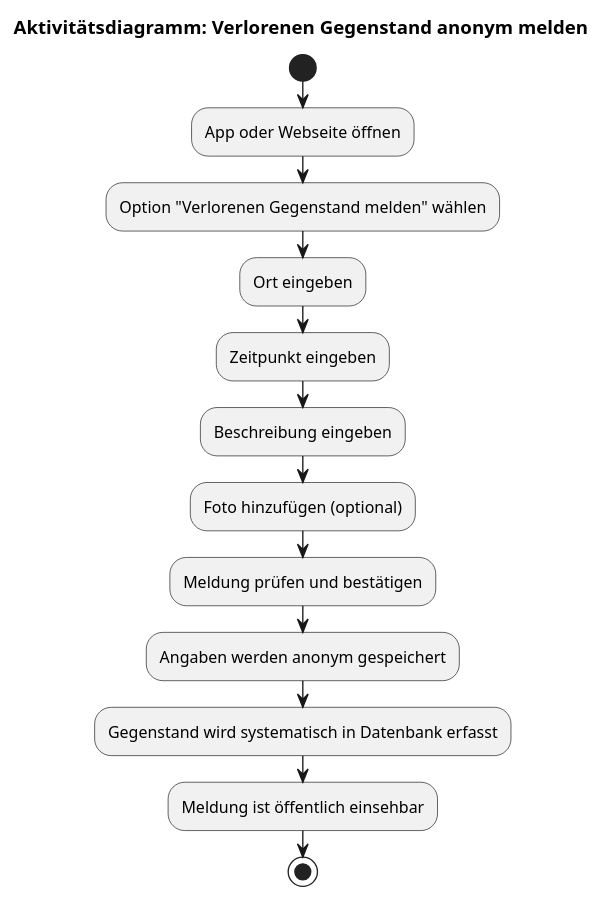
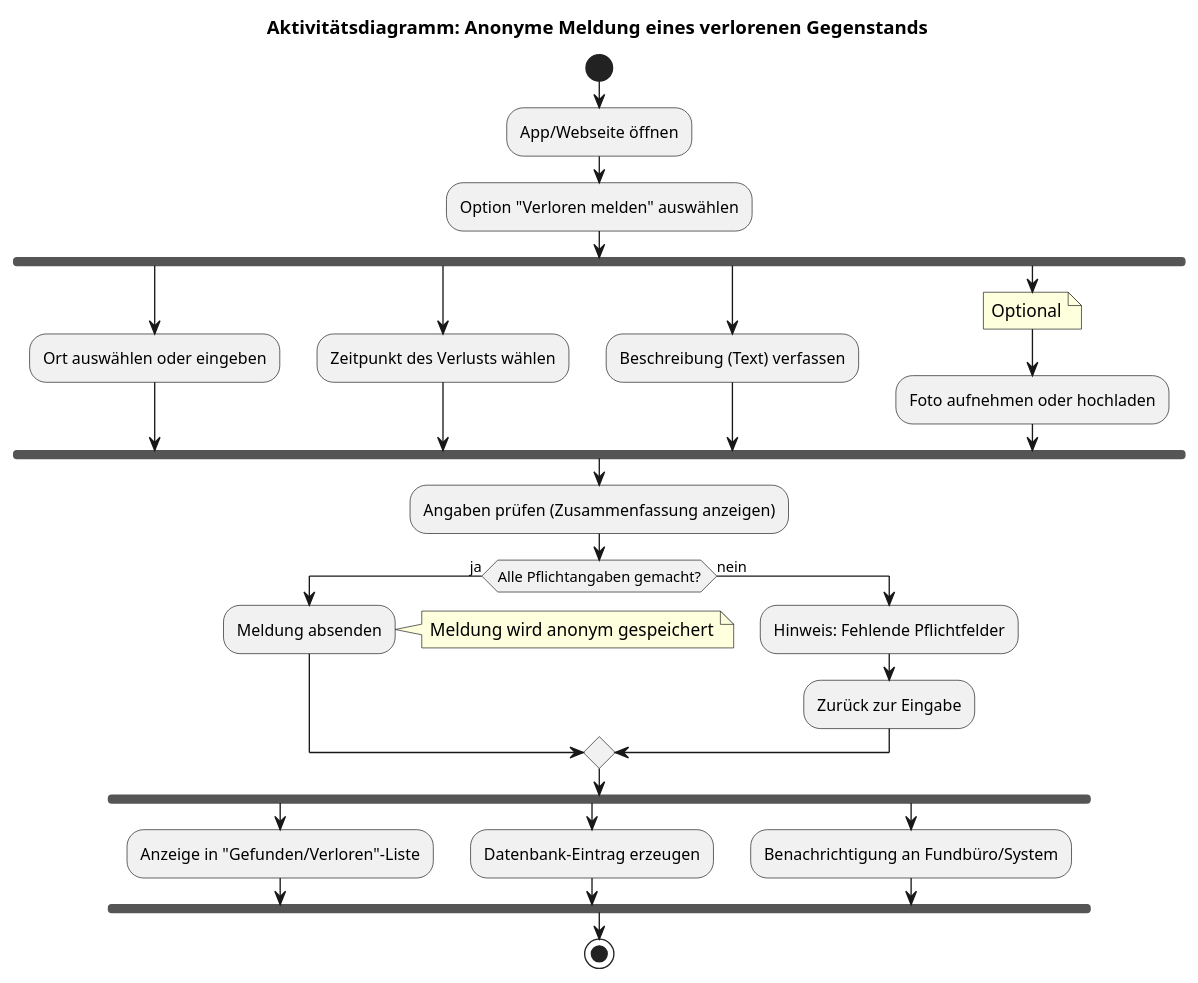
Before and after one commit to Tom0603/SoftwareEngineering_Lecture: the diagram in docs/architecture/activity_diagram.puml, drawn with PlantUML.

Commit message:
Update activity diagram for anonymous lost item report

```diff
--- a/docs/architecture/activity_diagram.puml
+++ b/docs/architecture/activity_diagram.puml
@@ -1,20 +1,39 @@
 @startuml
-title Aktivitätsdiagramm: Verlorenen Gegenstand anonym melden
+title Aktivitätsdiagramm: Anonyme Meldung eines verlorenen Gegenstands
 
 start
 
-:App oder Webseite öffnen;
-:Option "Verlorenen Gegenstand melden" wählen;
+:App/Webseite öffnen;
+:Option "Verloren melden" auswählen;
 
-:Ort eingeben;
-:Zeitpunkt eingeben;
-:Beschreibung eingeben;
-:Foto hinzufügen (optional);
+fork
+  :Ort auswählen oder eingeben;
+fork again
+  :Zeitpunkt des Verlusts wählen;
+fork again
+  :Beschreibung (Text) verfassen;
+fork again
+  note right: Optional
+  :Foto aufnehmen oder hochladen;
+end fork
 
-:Meldung prüfen und bestätigen;
-:Angaben werden anonym gespeichert;
-:Gegenstand wird systematisch in Datenbank erfasst;
-:Meldung ist öffentlich einsehbar;
+:Angaben prüfen (Zusammenfassung anzeigen);
+
+if (Alle Pflichtangaben gemacht?) then (ja)
+  :Meldung absenden;
+  note right: Meldung wird anonym gespeichert
+else (nein)
+  :Hinweis: Fehlende Pflichtfelder;
+  :Zurück zur Eingabe;
+endif
+
+fork
+  :Anzeige in "Gefunden/Verloren"-Liste;
+fork again
+  :Datenbank-Eintrag erzeugen;
+fork again
+  :Benachrichtigung an Fundbüro/System;
+end fork
 
 stop
 @enduml
```
